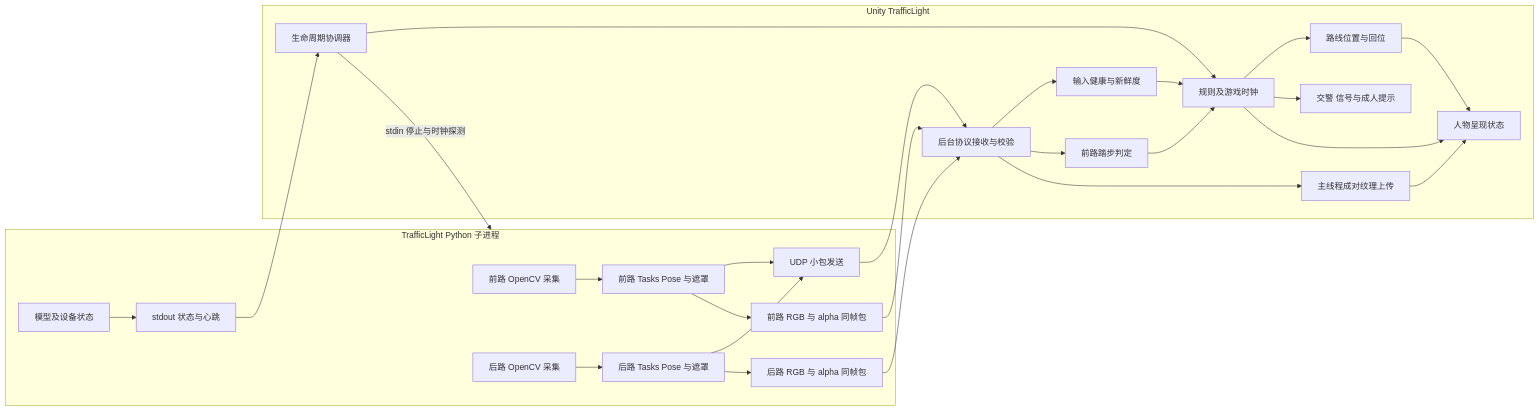
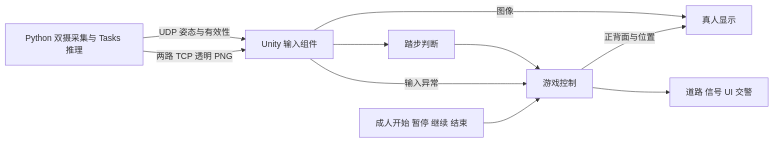
One commit to 546138103/Lumina changed the diagram in Assets/Scenes/TrafficLight/TDD.md. Above: the diagram before and after it, drawn with Mermaid. The commit also changed other lines of this file, not shown here.

Commit message:
docs: simplify TrafficLight TDD to minimum sufficient design

````diff
--- a/Assets/Scenes/TrafficLight/TDD.md
+++ b/Assets/Scenes/TrafficLight/TDD.md
@@ -141,30 +46,12 @@
 ```mermaid
 flowchart LR
-  subgraph P[TrafficLight Python 子进程]
-    FC[前路 OpenCV 采集] --> FP[前路 Tasks Pose 与遮罩]
-    RC[后路 OpenCV 采集] --> RP[后路 Tasks Pose 与遮罩]
-    FP --> U[UDP 小包发送]
-    RP --> U
-    FP --> FT[前路 RGB 与 alpha 同帧包]
-    RP --> RT[后路 RGB 与 alpha 同帧包]
-    H[模型及设备状态] --> S[stdout 状态与心跳]
-  end
-  subgraph Y[Unity TrafficLight]
-    I[后台协议接收与校验] --> Q[输入健康与新鲜度]
-    I --> A[前路踏步判定]
-    A --> G[规则及游戏时钟]
-    Q --> G
-    G --> M[路线位置与回位]
-    G --> F[交警 信号与成人提示]
-    G --> V[人物呈现状态]
-    I --> T[主线程成对纹理上传]
-    T --> V
-    M --> V
-    L[生命周期协调器] --> G
-    S --> L
-  end
-  U --> I
-  FT --> I
-  RT --> I
-  L -->|stdin 停止与时钟探测| P
+  P[Python 双摄采集与 Tasks 推理] -->|UDP 姿态与有效性| I[Unity 输入组件]
+  P -->|两路 TCP 透明 PNG| I
+  I --> S[踏步判断]
+  S --> G[游戏控制]
+  I -->|图像| H[真人显示]
+  I -->|输入异常| G
+  G -->|正背面与位置| H
+  G --> F[道路 信号 UI 交警]
+  U[成人开始 暂停 继续 结束] --> G
 ```
````
